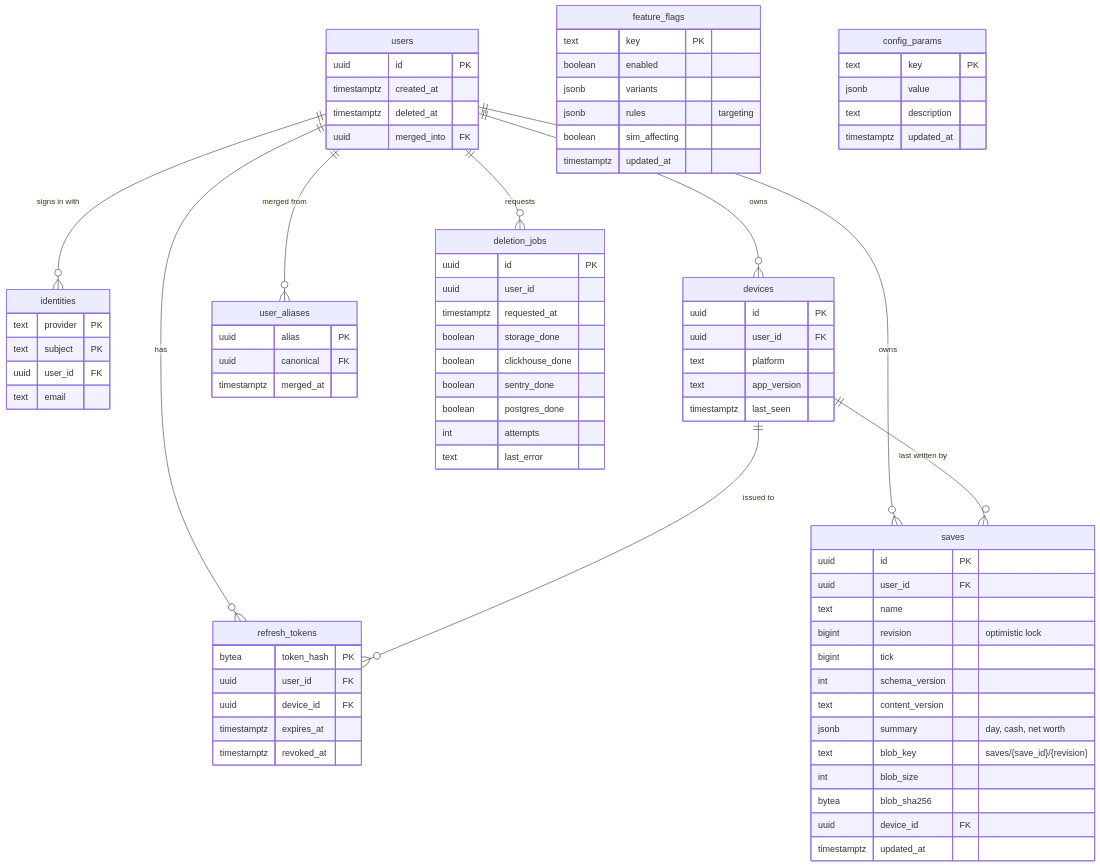
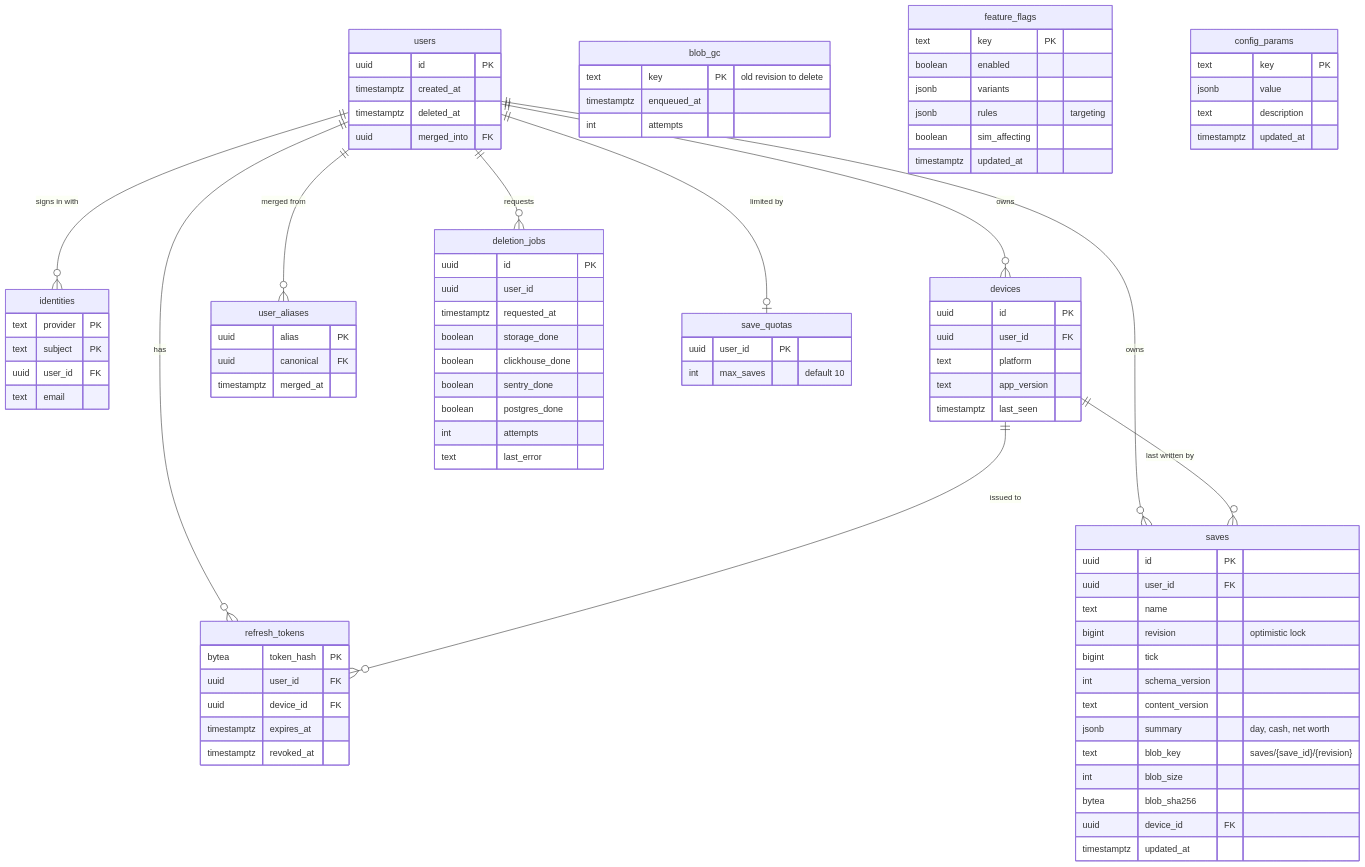
One commit to MIcQo/jetstream-tycoon changed the sixth of 9 diagrams in docs/DIAGRAMS.md. Above: the diagram before and after it, drawn with Mermaid. The commit also changed other lines of this file and 4 other files, not shown here.

```diff
--- a/docs/DIAGRAMS.md
+++ b/docs/DIAGRAMS.md
@@ -172,6 +173,7 @@
   users ||--o{ saves : owns
   users ||--o{ user_aliases : "merged from"
   users ||--o{ deletion_jobs : requests
+  users ||--o| save_quotas : "limited by"
   devices ||--o{ saves : "last written by"
 
   users {
@@ -231,6 +233,15 @@
     uuid device_id FK
     timestamptz updated_at
   }
+  save_quotas {
+    uuid user_id PK
+    int max_saves "default 10"
+  }
+  blob_gc {
+    text key PK "old revision to delete"
+    timestamptz enqueued_at
+    int attempts
+  }
   feature_flags {
     text key PK
     boolean enabled
```
